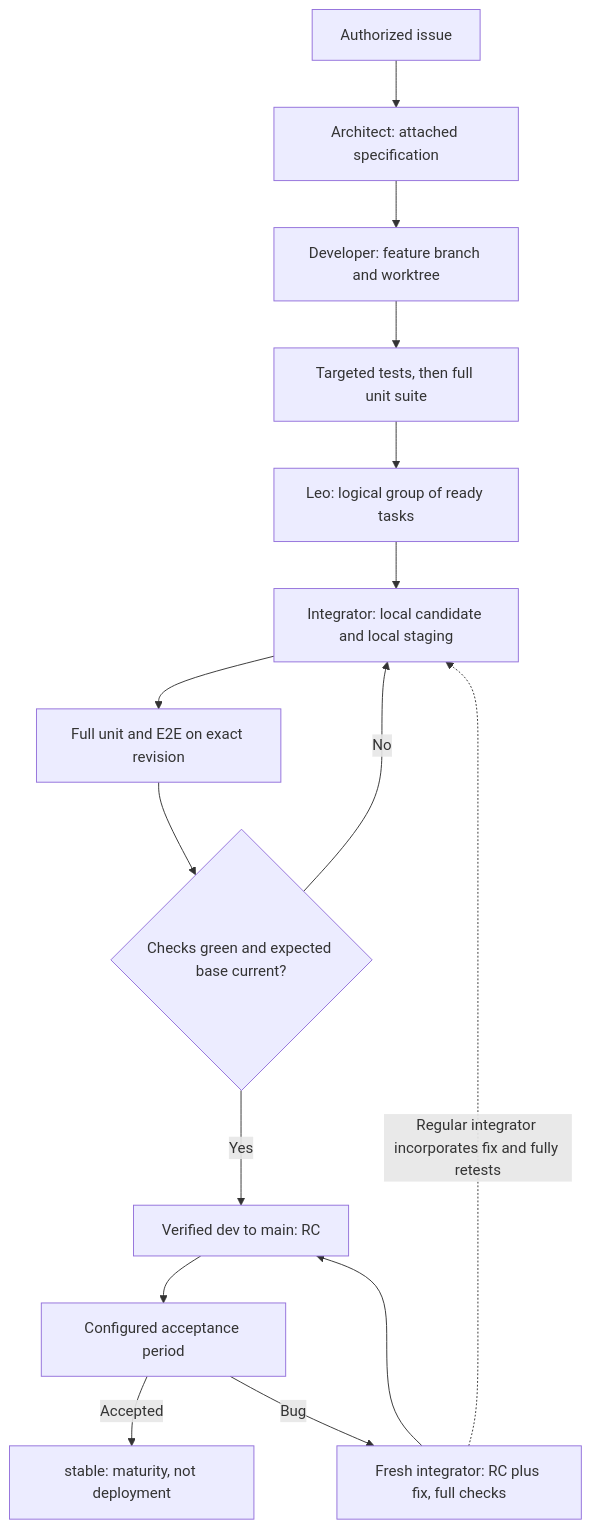
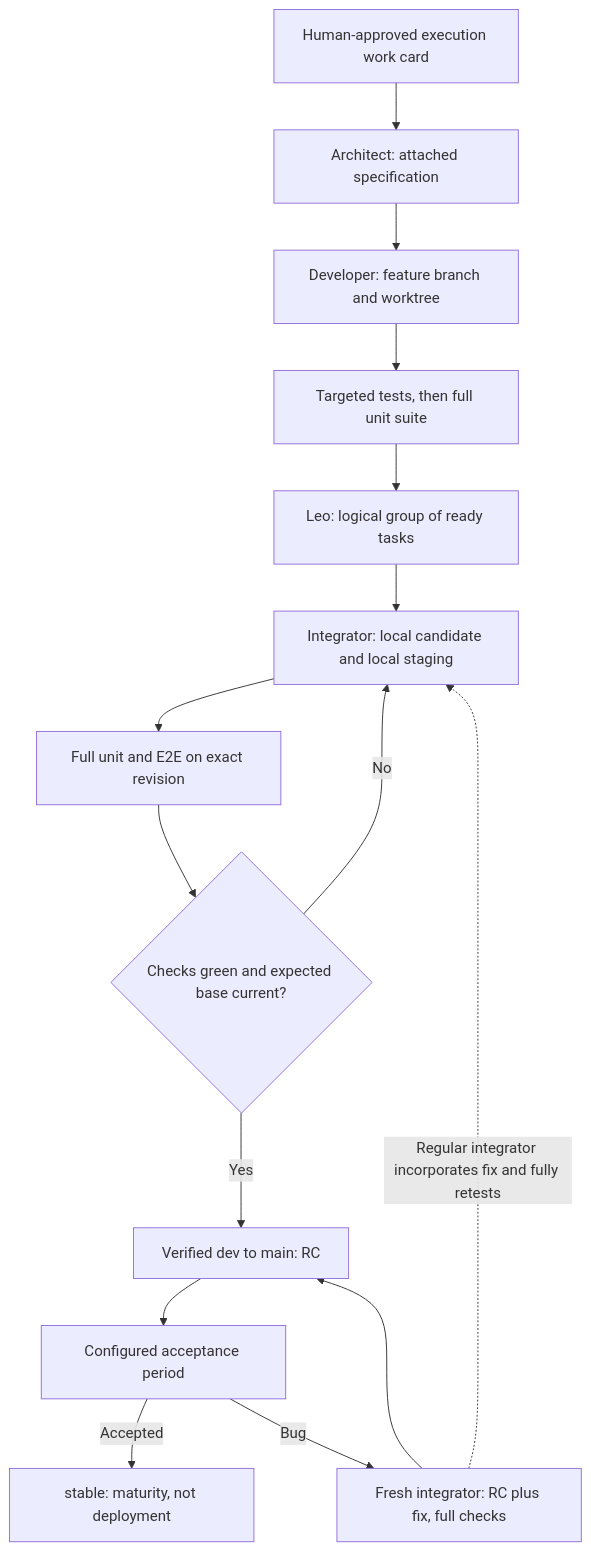
Before and after one commit to alexmakeev/jam-bot: the first of 4 diagrams in docs/PRD.md, drawn with Mermaid. The commit also changed other lines of this file and 2 other files, not shown here.

````diff
--- a/docs/PRD.md
+++ b/docs/PRD.md
@@ -55,17 +55,17 @@
 ```mermaid
 flowchart TD
-  I["Authorized issue"] --> A["Architect: attached specification"]
+  I["Human-approved execution work card"] --> A["Architect: attached specification"]
   A --> D["Developer: feature branch and worktree"]
   D --> U["Targeted tests, then full unit suite"]
   U --> B["Leo: logical group of ready tasks"]
   B --> C["Integrator: local candidate and local staging"]
   C --> T["Full unit and E2E on exact revision"]
   T --> G{"Checks green and expected base current?"}
   G -->|No| C
   G -->|Yes| M["Verified dev to main: RC"]
   M --> W["Configured acceptance period"]
   W -->|Accepted| S["stable: maturity, not deployment"]
   W -->|Bug| F["Fresh integrator: RC plus fix, full checks"]
   F --> M
   F -. "Regular integrator incorporates fix and fully retests" .-> C
 ```
````
